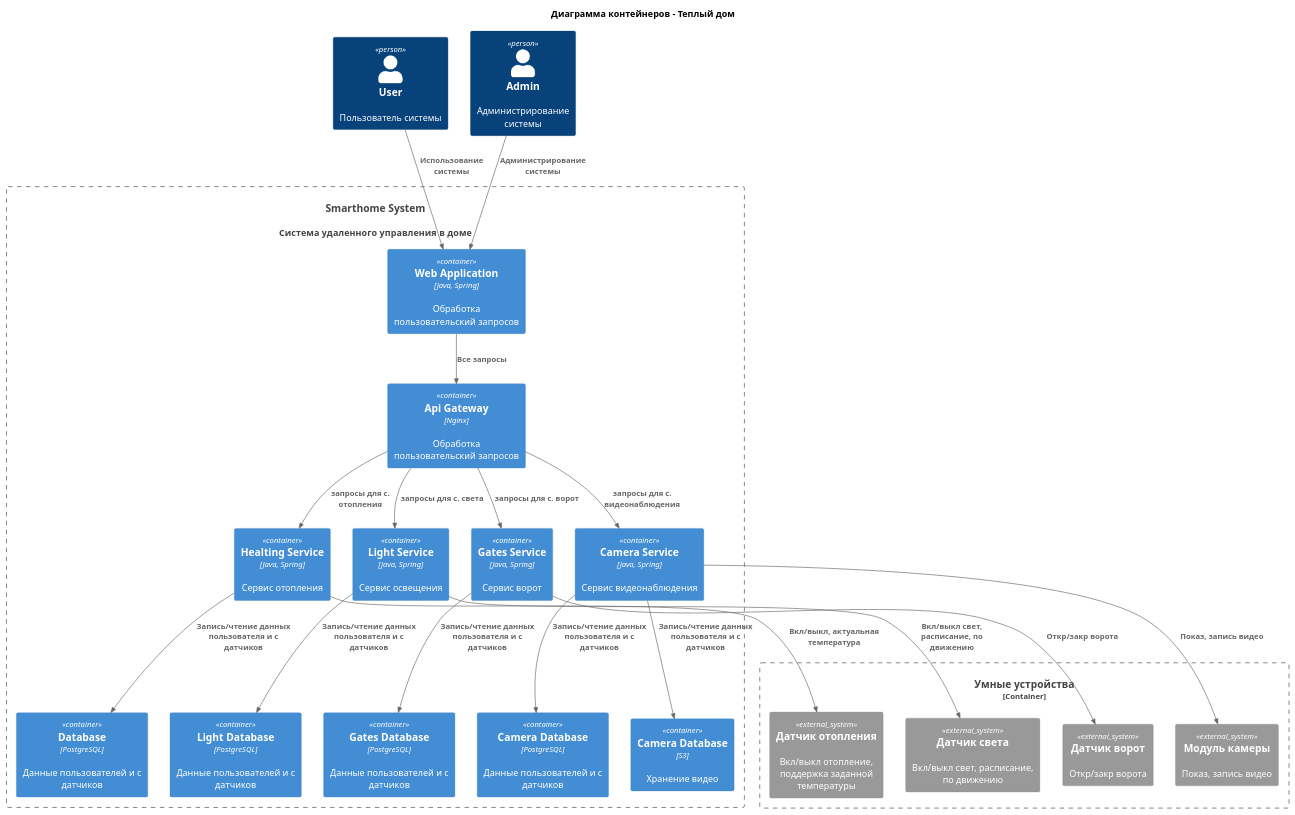
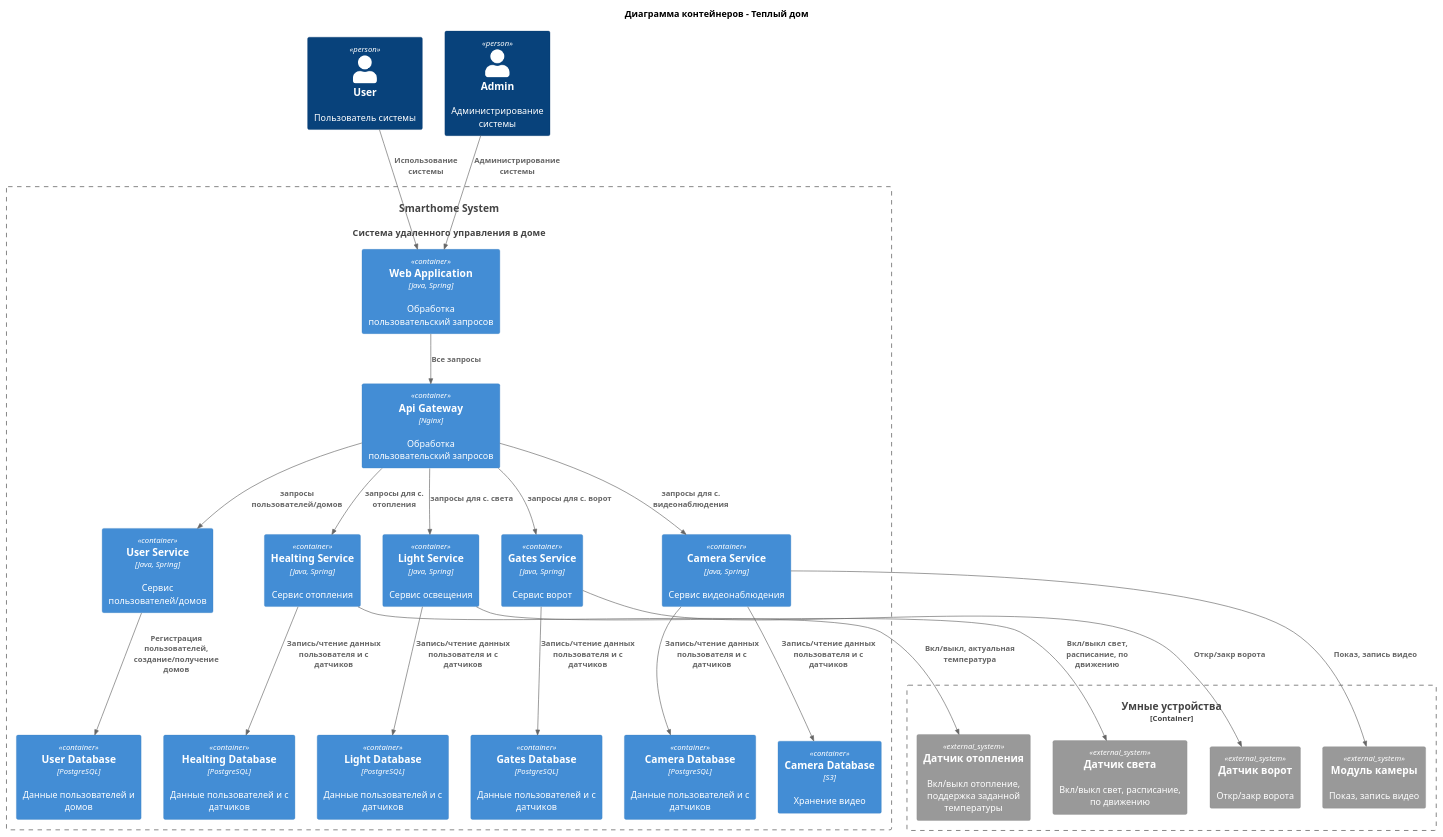
The diagram in diagrams/task2/to_be/task2_container_to_be.puml (fireflysmk/architecture-sprint-3), drawn with PlantUML before and after one commit. The commit also changed 4 other files, not shown here.

```diff
--- a/diagrams/task2/to_be/task2_container_to_be.puml
+++ b/diagrams/task2/to_be/task2_container_to_be.puml
@@ -1,48 +1,52 @@
 @startuml
 title Диаграмма контейнеров - Теплый дом
 
 top to bottom direction
 
 !includeurl https://raw.githubusercontent.com/RicardoNiepel/C4-PlantUML/master/C4_Component.puml
 
 Person(user, "User", "Пользователь системы")
 Person(admin, "Admin", "Администрирование системы")
 System(SmartHomeSystem, "Smarthome System", "Система  удаленного управления в доме")
 
 Container_Boundary(SmartHomeSystem, "Smarthome System") {
   Container(WebApp, "Web Application", "Java, Spring", "Обработка пользовательский запросов")
   Container(ApiGateway, "Api Gateway", "Nginx", "Обработка пользовательский запросов")
+  Container(UserService, "User Service", "Java, Spring", "Сервис пользователей/домов")
   Container(HealtingService, "Healting Service", "Java, Spring", "Сервис отопления")
   Container(LightService, "Light Service", "Java, Spring", "Сервис освещения")
   Container(GatesService, "Gates Service", "Java, Spring", "Сервис ворот")
   Container(CameraService, "Camera Service", "Java, Spring", "Сервис видеонаблюдения")
-  Container(HealtingDatabase,"Database", "PostgreSQL", "Данные пользователей и с датчиков")
+  Container(UserDatabase,"User Database", "PostgreSQL", "Данные пользователей и домов")
+  Container(HealtingDatabase,"Healting Database", "PostgreSQL", "Данные пользователей и с датчиков")
   Container(LightDatabase,"Light Database", "PostgreSQL", "Данные пользователей и с датчиков")
   Container(GatesDatabase,"Gates Database", "PostgreSQL", "Данные пользователей и с датчиков")
   Container(CameraDatabase,"Camera Database", "PostgreSQL", "Данные пользователей и с датчиков")
   Container(CameraS3Database,"Camera Database", "S3", "Хранение видео")
 }
 Container_Boundary(SensorSmartHomeSystem, "Умные устройства") {
 System_Ext(healtingSensor, "Датчик отопления", "Вкл/выкл отопление, поддержка заданной температуры")
 System_Ext(lightSensor, "Датчик света", "Вкл/выкл свет, расписание, по движению")
 System_Ext(gatesSensor, "Датчик ворот", "Откр/закр ворота")
 System_Ext(cameraSensor, "Модуль камеры", "Показ, запись видео")
 }
 
 Rel(user, WebApp, "Использование системы")
 Rel(admin,WebApp, "Администрирование системы")
 Rel(WebApp,ApiGateway,"Все запросы")
 Rel(ApiGateway,HealtingService,"запросы для с. отопления")
+Rel(ApiGateway,UserService,"запросы пользователей/домов")
 Rel(ApiGateway,LightService,"запросы для c. света")
 Rel(ApiGateway,GatesService,"запросы для c. ворот")
 Rel(ApiGateway,CameraService,"запросы для c. видеонаблюдения")
+Rel(UserService,UserDatabase,"Регистрация пользователей, создание/получение домов")
 Rel(HealtingService,healtingSensor, "Вкл/выкл, актуальная температура")
 Rel(HealtingService,HealtingDatabase,"Запись/чтение данных пользователя и с датчиков")
 Rel(LightService,LightDatabase,"Запись/чтение данных пользователя и с датчиков")
 Rel(LightService,lightSensor, "Вкл/выкл свет, расписание, по движению")
 Rel(GatesService,GatesDatabase,"Запись/чтение данных пользователя и с датчиков")
 Rel(GatesService,gatesSensor, "Откр/закр ворота")
 Rel(CameraService,CameraDatabase,"Запись/чтение данных пользователя и с датчиков")
 Rel(CameraService,CameraS3Database,"Запись/чтение данных пользователя и с датчиков")
 Rel(CameraService,cameraSensor, "Показ, запись видео")
 @enduml
```
